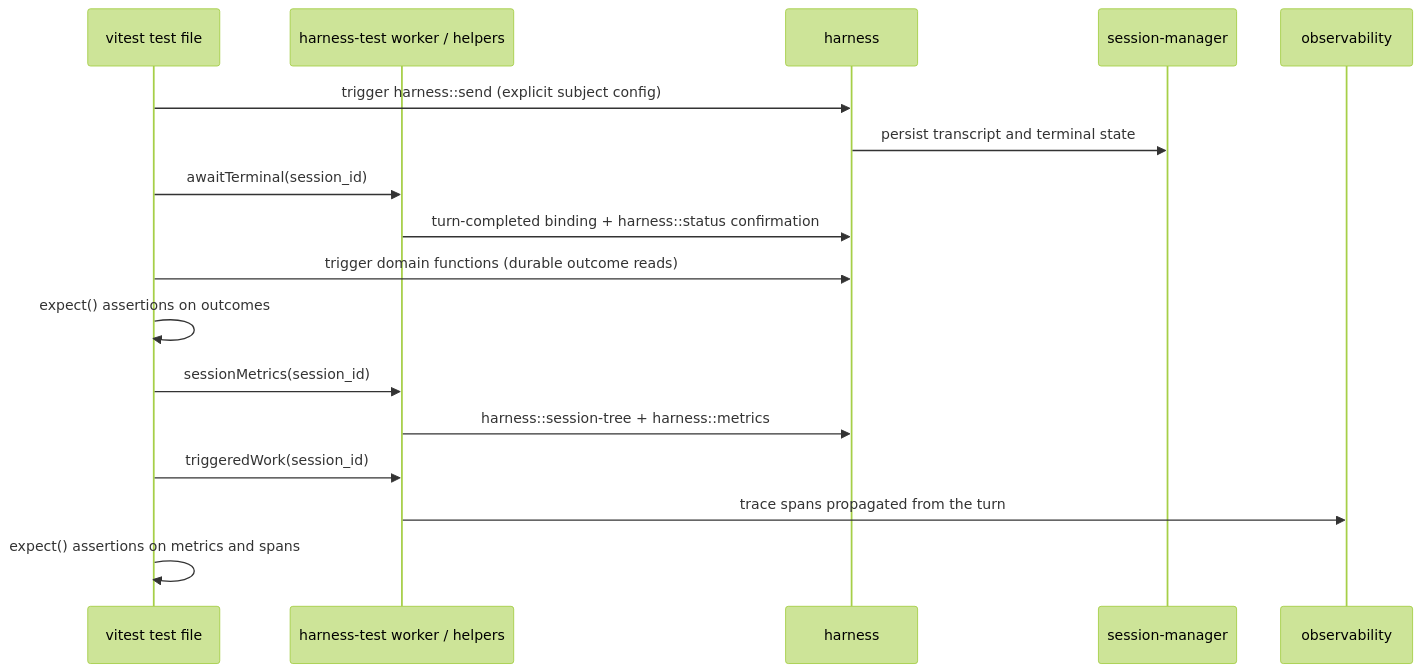
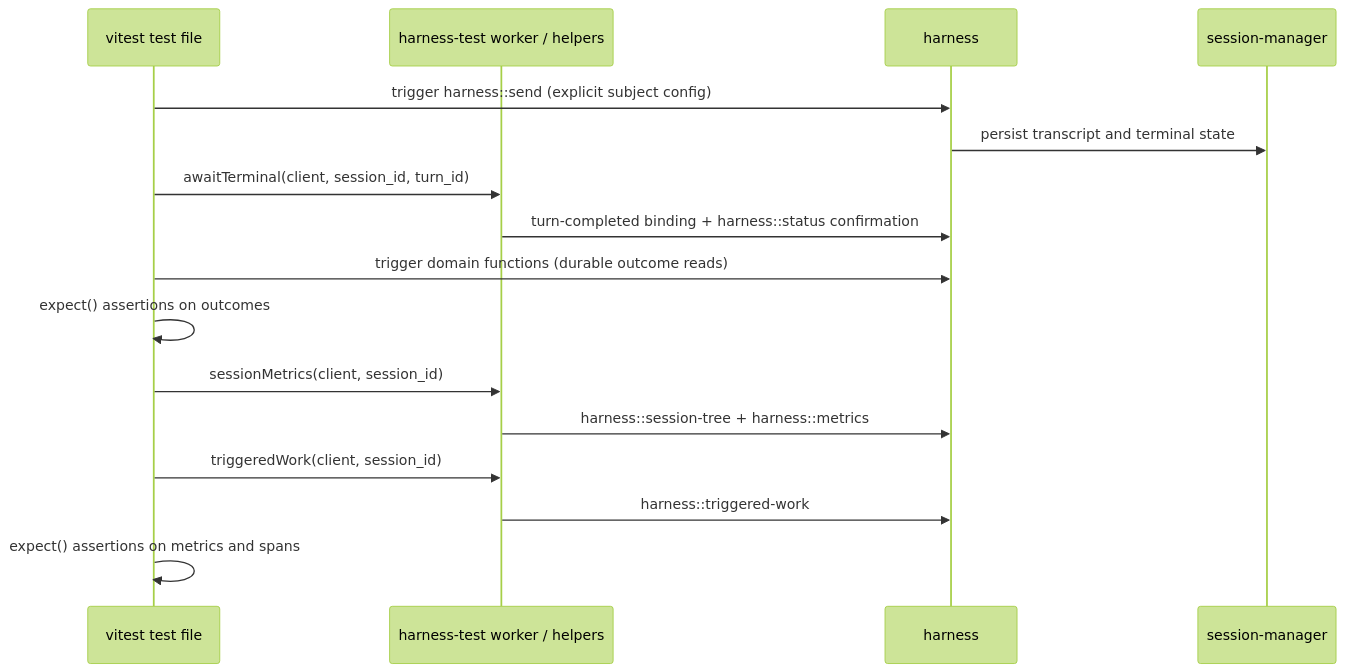
One commit to iii-hq/iii changed the diagram in tech-specs/2026-07-15-harness-evaluation/agent-quality.md. Above: the diagram before and after it, drawn with Mermaid (forest theme). The commit also changed other lines of this file and 2 other files, not shown here.

Commit message:
docs: revise harness evaluation to version 1 gates and rename tracks to integration/e2e tests

````diff
--- a/tech-specs/2026-07-15-harness-evaluation/agent-quality.md
+++ b/tech-specs/2026-07-15-harness-evaluation/agent-quality.md
@@ -222,20 +241,19 @@
 ```mermaid
 sequenceDiagram
   participant V as vitest test file
   participant W as harness-test worker / helpers
   participant H as harness
   participant S as session-manager
-  participant O as observability
 
   V->>H: trigger harness::send (explicit subject config)
   H->>S: persist transcript and terminal state
-  V->>W: awaitTerminal(session_id)
+  V->>W: awaitTerminal(client, session_id, turn_id)
   W->>H: turn-completed binding + harness::status confirmation
   V->>H: trigger domain functions (durable outcome reads)
   V->>V: expect() assertions on outcomes
-  V->>W: sessionMetrics(session_id)
+  V->>W: sessionMetrics(client, session_id)
   W->>H: harness::session-tree + harness::metrics
-  V->>W: triggeredWork(session_id)
-  W->>O: trace spans propagated from the turn
+  V->>W: triggeredWork(client, session_id)
+  W->>H: harness::triggered-work
   V->>V: expect() assertions on metrics and spans
 ```
````
